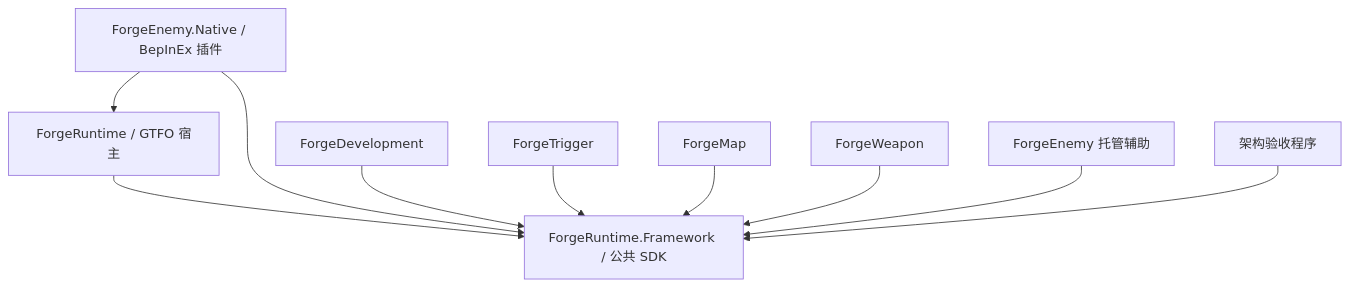
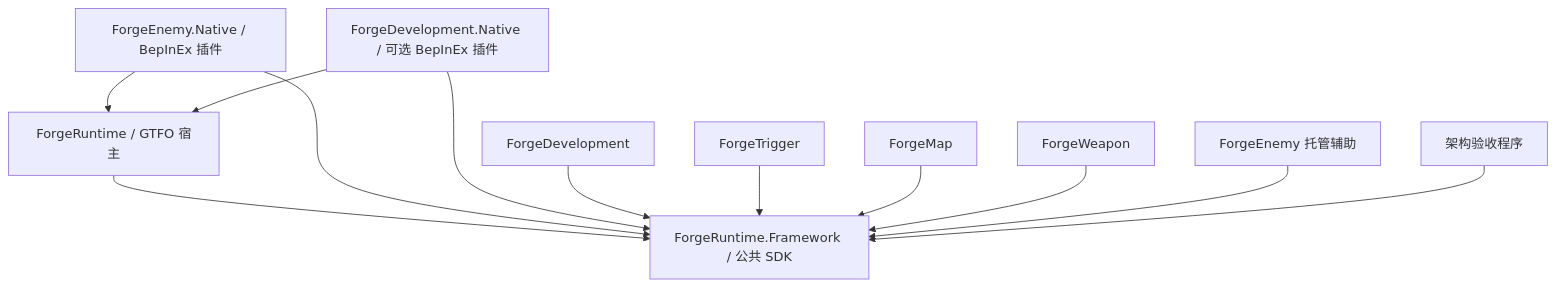
The diagram in ARCHITECTURE.md (NAinfini/Infini-GTFO-Mods), drawn with Mermaid before and after one commit. The commit also changed other lines of this file and 120 other files, not shown here.

First line of the commit message:
refactor(development): split diagnostics and performance tooling into optional ForgeDevelopment plugin

````diff
--- a/ARCHITECTURE.md
+++ b/ARCHITECTURE.md
@@ -66,12 +67,14 @@
 ```mermaid
 flowchart TD
   Host[ForgeRuntime / GTFO 宿主] --> SDK[ForgeRuntime.Framework / 公共 SDK]
   EnemyNative[ForgeEnemy.Native / BepInEx 插件] --> Host
   EnemyNative --> SDK
+  DevNative[ForgeDevelopment.Native / 可选 BepInEx 插件] --> Host
+  DevNative --> SDK
   Development[ForgeDevelopment] --> SDK
   Trigger[ForgeTrigger] --> SDK
   Map[ForgeMap] --> SDK
   Weapon[ForgeWeapon] --> SDK
   Enemy[ForgeEnemy 托管辅助] --> SDK
   Tests[架构验收程序] --> SDK
 ```
````
